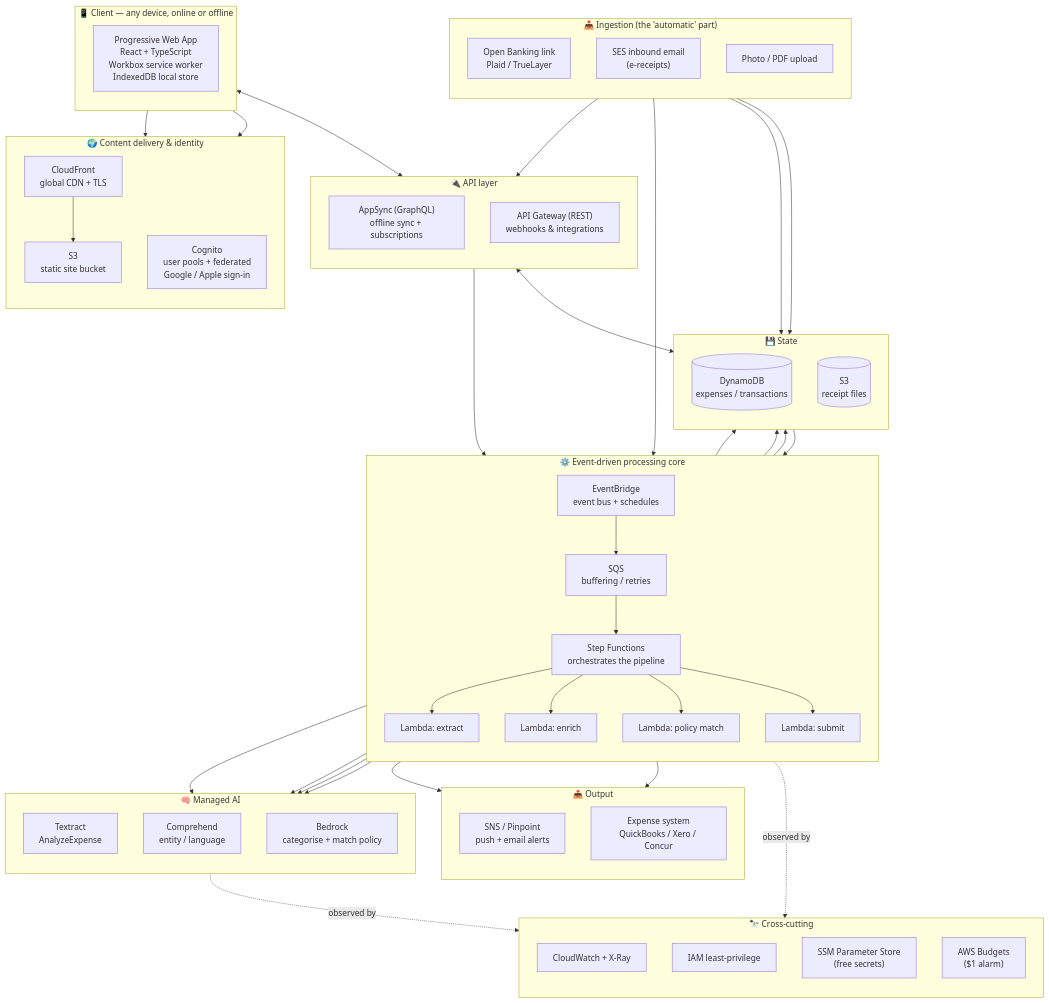
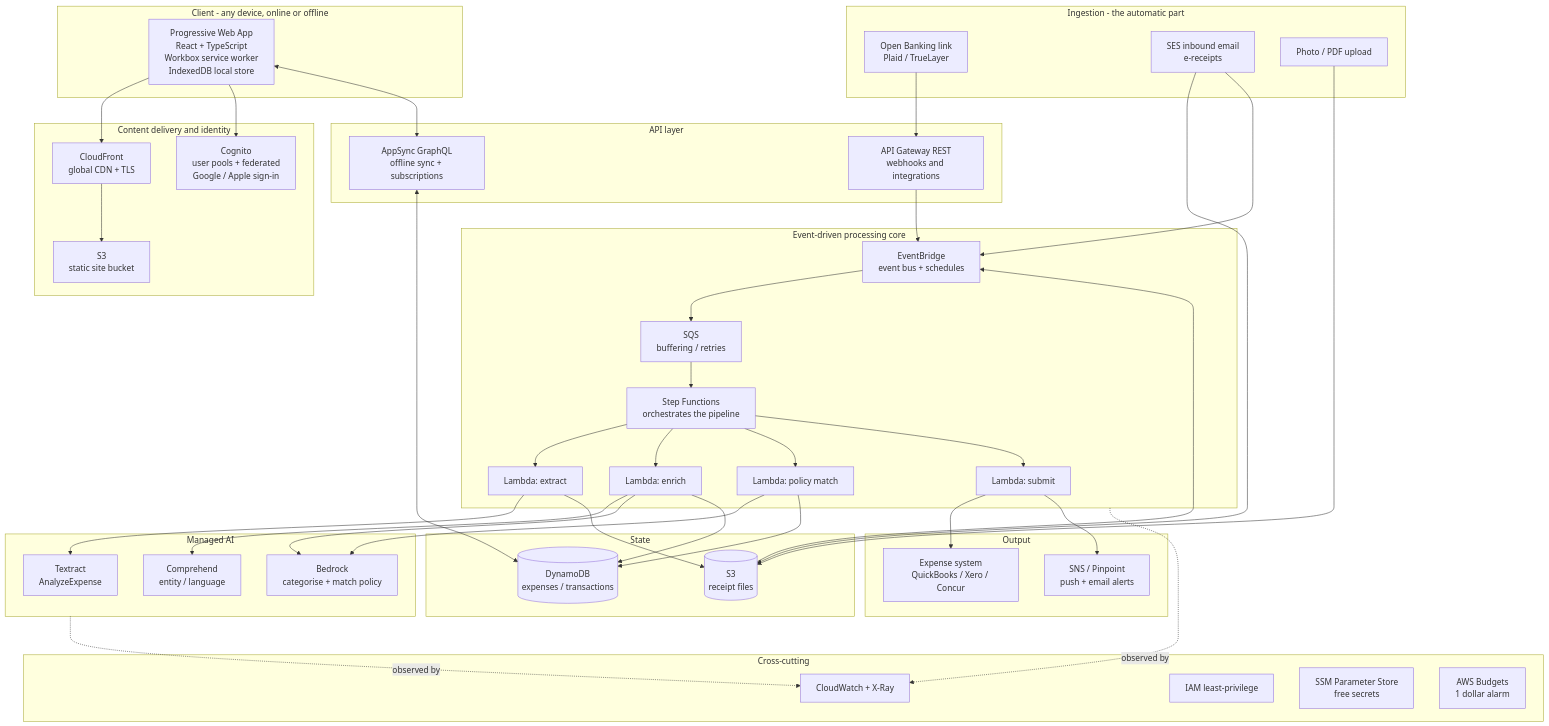
One commit to Nikorshun/autoexpense changed the first of 5 diagrams in docs/ARCHITECTURE.md. Above: the diagram before and after it, drawn with Mermaid. The commit also changed other lines of this file and 3 other files, not shown here.

First line of the commit message:
Make all docs Mermaid diagrams GitHub-safe

````diff
--- a/docs/ARCHITECTURE.md
+++ b/docs/ARCHITECTURE.md
@@ -30,32 +30,27 @@
 ```mermaid
 flowchart TB
-    subgraph CLIENT["📱  Client — any device, online or offline"]
-        direction TB
+    subgraph CLIENT["Client - any device, online or offline"]
         PWA["Progressive Web App<br/>React + TypeScript<br/>Workbox service worker<br/>IndexedDB local store"]
     end
 
-    subgraph DELIVERY["🌍  Content delivery & identity"]
-        direction TB
+    subgraph DELIVERY["Content delivery and identity"]
         S3W["S3<br/>static site bucket"]
         CF["CloudFront<br/>global CDN + TLS"]
         COG["Cognito<br/>user pools + federated<br/>Google / Apple sign-in"]
     end
 
-    subgraph API["🔌  API layer"]
-        direction TB
-        APPSYNC["AppSync (GraphQL)<br/>offline sync + subscriptions"]
-        APIGW["API Gateway (REST)<br/>webhooks & integrations"]
+    subgraph API["API layer"]
+        APPSYNC["AppSync GraphQL<br/>offline sync + subscriptions"]
+        APIGW["API Gateway REST<br/>webhooks and integrations"]
     end
 
-    subgraph INGEST["📥  Ingestion (the 'automatic' part)"]
-        direction TB
+    subgraph INGEST["Ingestion - the automatic part"]
         OB["Open Banking link<br/>Plaid / TrueLayer"]
-        SES["SES inbound email<br/>(e-receipts)"]
+        SES["SES inbound email<br/>e-receipts"]
         UP["Photo / PDF upload"]
     end
 
-    subgraph CORE["⚙️  Event-driven processing core"]
-        direction TB
+    subgraph CORE["Event-driven processing core"]
         EB["EventBridge<br/>event bus + schedules"]
         SQS["SQS<br/>buffering / retries"]
         SF["Step Functions<br/>orchestrates the pipeline"]
@@ -65,31 +60,27 @@
         L4["Lambda: submit"]
     end
 
-    subgraph AI["🧠  Managed AI"]
-        direction TB
+    subgraph AI["Managed AI"]
         TX["Textract<br/>AnalyzeExpense"]
         CMP["Comprehend<br/>entity / language"]
         BR["Bedrock<br/>categorise + match policy"]
     end
 
-    subgraph DATA["💾  State"]
-        direction TB
+    subgraph DATA["State"]
         DDB[("DynamoDB<br/>expenses / transactions")]
         S3R[("S3<br/>receipt files")]
     end
 
-    subgraph OUT["📤  Output"]
-        direction TB
+    subgraph OUT["Output"]
         SNS["SNS / Pinpoint<br/>push + email alerts"]
         EXT["Expense system<br/>QuickBooks / Xero / Concur"]
     end
 
-    subgraph OPS["🔭  Cross-cutting"]
-        direction TB
+    subgraph OPS["Cross-cutting"]
         CW["CloudWatch + X-Ray"]
         IAM["IAM least-privilege"]
-        SSM["SSM Parameter Store<br/>(free secrets)"]
-        BUD["AWS Budgets<br/>($1 alarm)"]
+        SSM["SSM Parameter Store<br/>free secrets"]
+        BUD["AWS Budgets<br/>1 dollar alarm"]
     end
 
     PWA --> CF --> S3W
````
